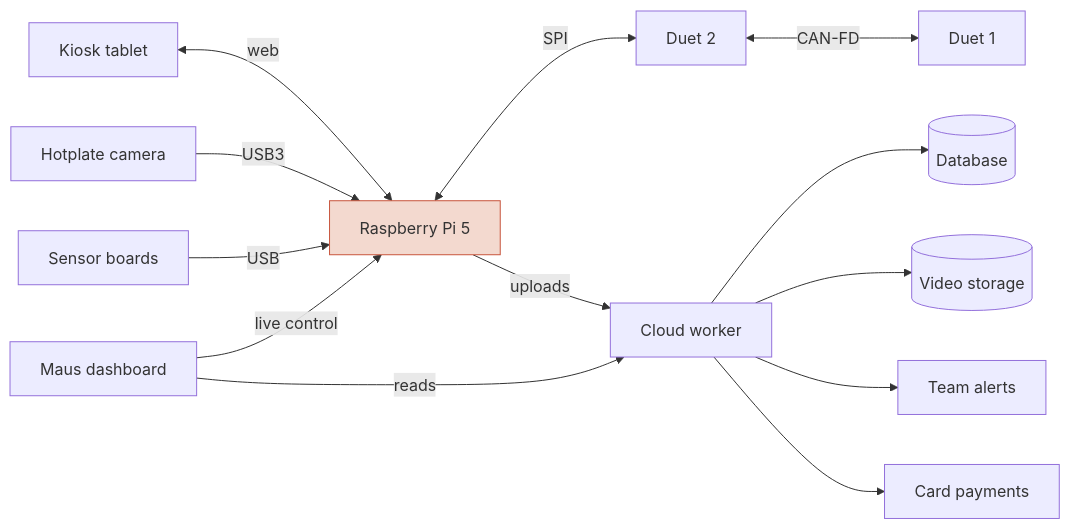
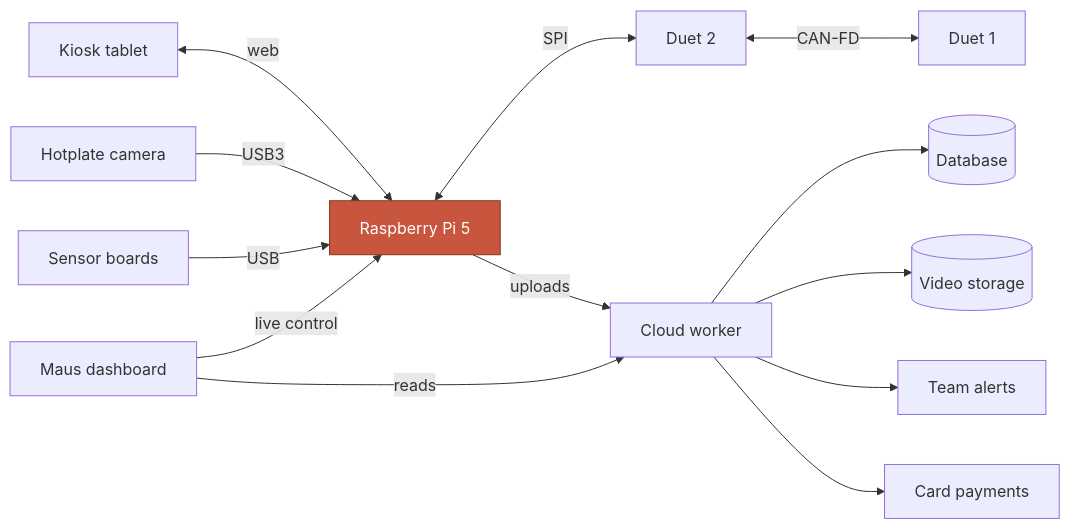
The diagram in documentation/diagrams/system.mmd (leonardoAB1/maus-crepe-insights), drawn with Mermaid before and after one commit. The commit also changed 2 other files, not shown here.

```diff
--- a/documentation/diagrams/system.mmd
+++ b/documentation/diagrams/system.mmd
@@ -1,28 +1,28 @@
 flowchart LR
     kiosk[Kiosk tablet]
     cam[Hotplate camera]
     sensors[Sensor boards]
     pi[Raspberry Pi 5]
     duet2[Duet 2]
     duet1[Duet 1]
     worker[Cloud worker]
     db[(Database)]
     video[(Video storage)]
     alerts[Team alerts]
     pay[Card payments]
     dash[Maus dashboard]
 
     kiosk <-->|web| pi
     cam -->|USB3| pi
     sensors -->|USB| pi
     pi <-->|SPI| duet2
     duet2 <-->|CAN-FD| duet1
     pi -->|uploads| worker
     worker --> db
     worker --> video
     worker --> alerts
     worker --> pay
     dash -->|reads| worker
     dash -->|live control| pi
 
-    style pi fill:#f3d9cf,stroke:#c8553d
+    style pi fill:#c8553d,stroke:#8a3324,color:#ffffff
```
